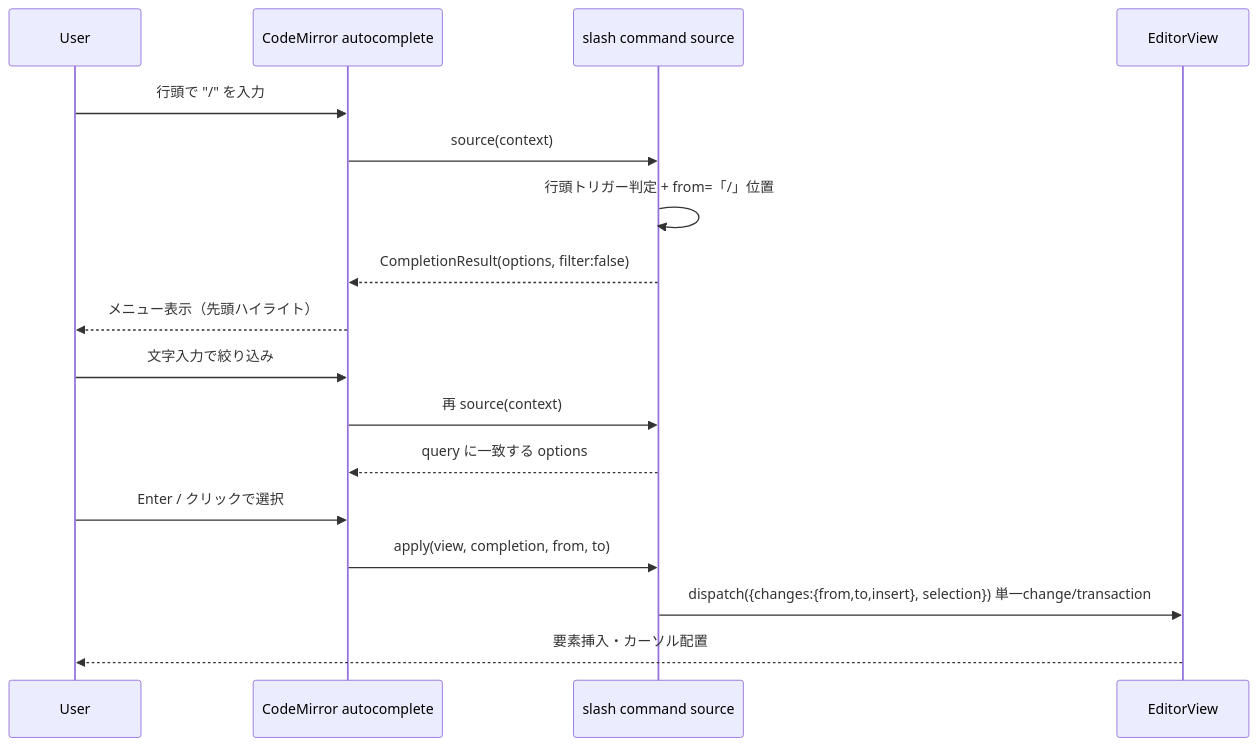
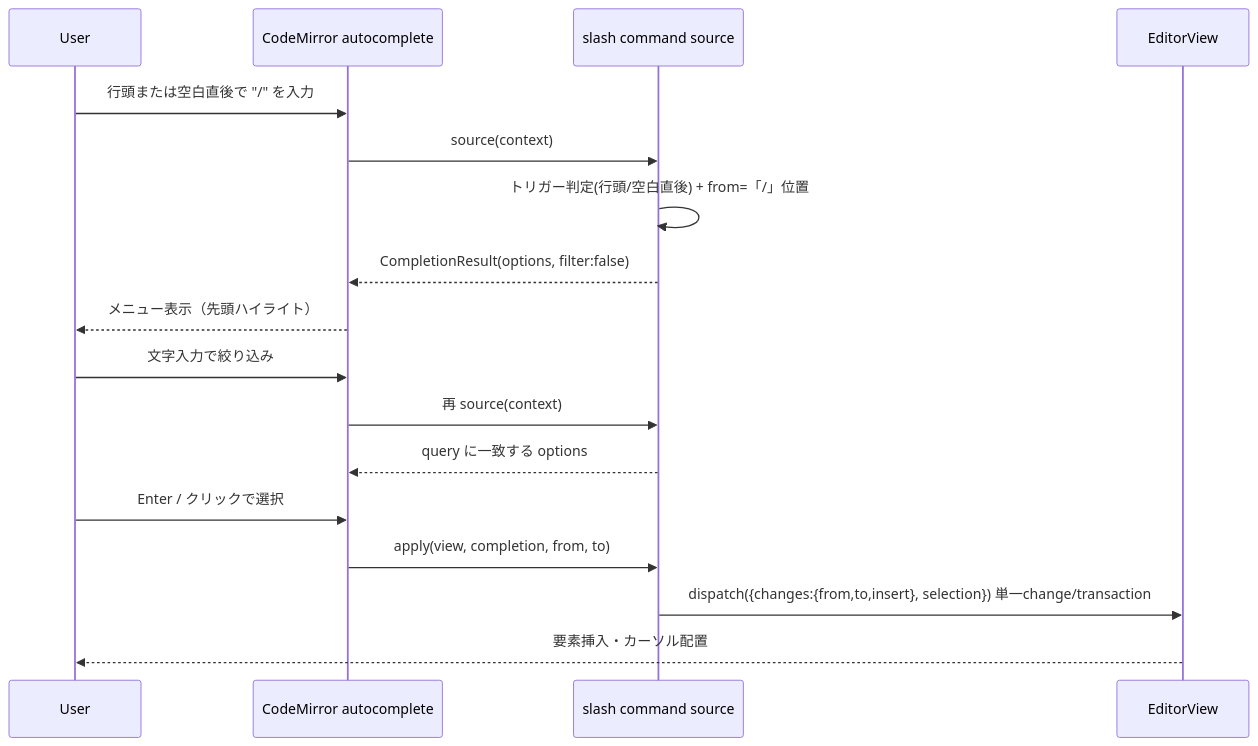
One commit to growilabs/growi changed the second of 2 diagrams in .kiro/specs/editor-slash-command/design.md. Above: the diagram before and after it, drawn with Mermaid. The commit also changed other lines of this file and 12 other files, not shown here.

````diff
--- a/.kiro/specs/editor-slash-command/design.md
+++ b/.kiro/specs/editor-slash-command/design.md
@@ -125,20 +126,20 @@
 ```mermaid
 sequenceDiagram
     participant U as User
     participant CM as CodeMirror autocomplete
     participant S as slash command source
     participant V as EditorView
 
-    U->>CM: 行頭で "/" を入力
+    U->>CM: 行頭または空白直後で "/" を入力
     CM->>S: source(context)
-    S->>S: 行頭トリガー判定 + from=「/」位置
+    S->>S: トリガー判定(行頭/空白直後) + from=「/」位置
     S-->>CM: CompletionResult(options, filter:false)
     CM-->>U: メニュー表示（先頭ハイライト）
     U->>CM: 文字入力で絞り込み
     CM->>S: 再 source(context)
     S-->>CM: query に一致する options
     U->>CM: Enter / クリックで選択
     CM->>S: apply(view, completion, from, to)
     S->>V: dispatch({changes:{from,to,insert}, selection})  単一change/transaction
     V-->>U: 要素挿入・カーソル配置
 ```
````
